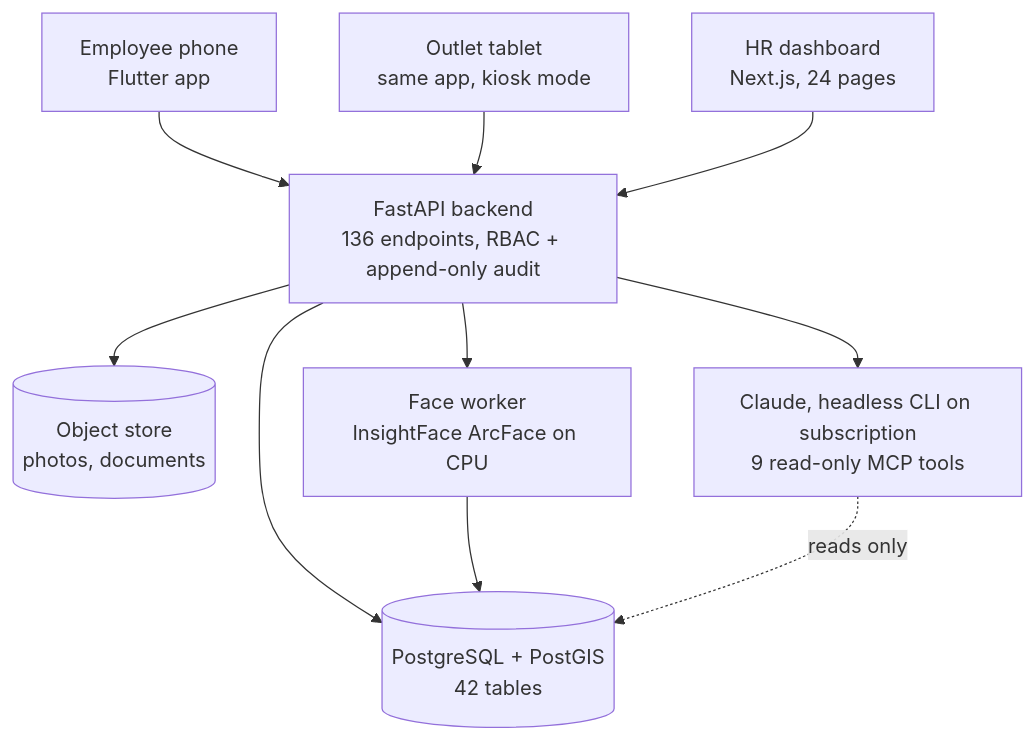
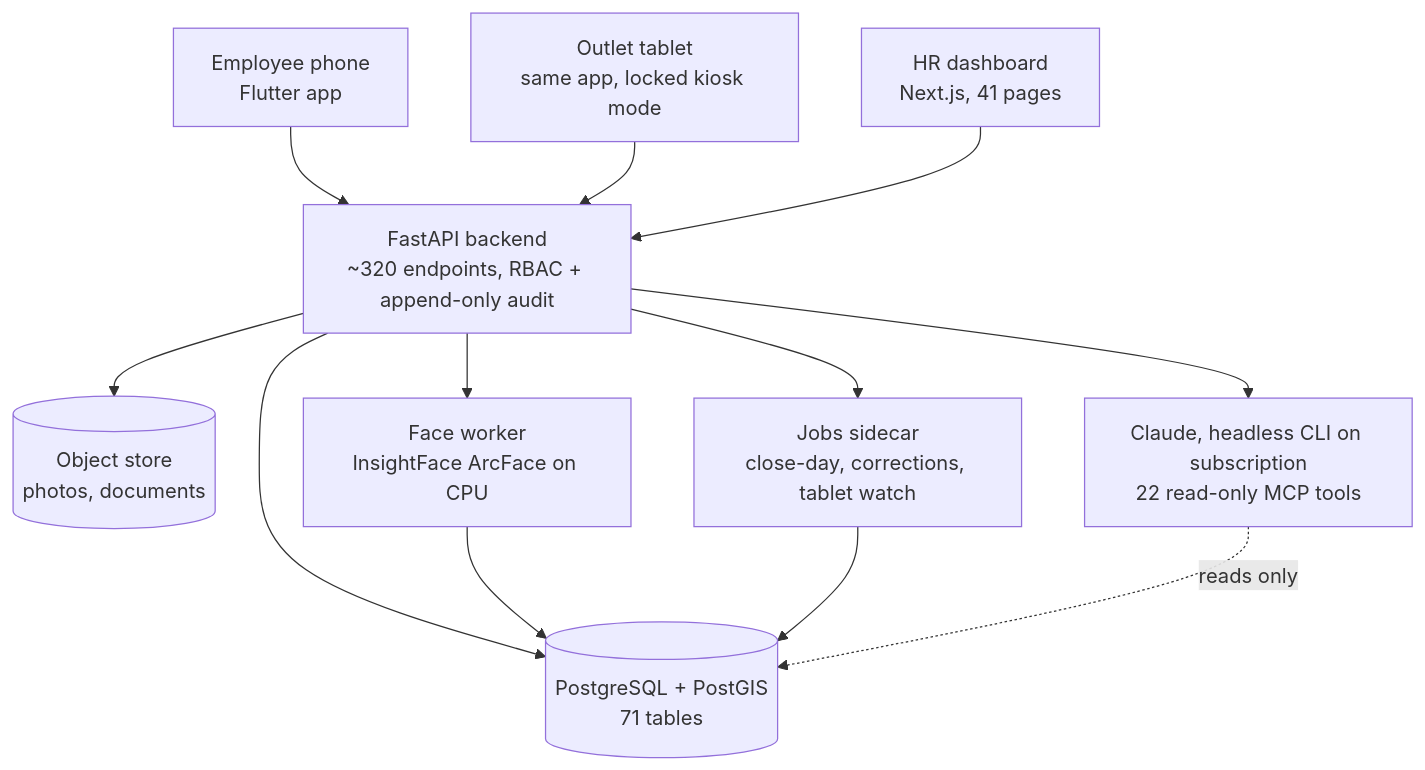
One commit to robiriu/robiriu.github.io changed the diagram in docs/projects/hr-attendance-platform.md. Above: the diagram before and after it, drawn with Mermaid. The commit also changed other lines of this file and 2 other files, not shown here.

````diff
--- a/docs/projects/hr-attendance-platform.md
+++ b/docs/projects/hr-attendance-platform.md
@@ -52,18 +53,20 @@
 ```mermaid
 flowchart TB
     EMP["Employee phone<br/>Flutter app"]
-    KIOSK["Outlet tablet<br/>same app, kiosk mode"]
-    HRW["HR dashboard<br/>Next.js, 24 pages"]
+    KIOSK["Outlet tablet<br/>same app, locked kiosk mode"]
+    HRW["HR dashboard<br/>Next.js, 41 pages"]
 
-    EMP --> API["FastAPI backend<br/>136 endpoints, RBAC + append-only audit"]
+    EMP --> API["FastAPI backend<br/>~320 endpoints, RBAC + append-only audit"]
     KIOSK --> API
     HRW --> API
 
-    API --> DB[("PostgreSQL + PostGIS<br/>42 tables")]
+    API --> DB[("PostgreSQL + PostGIS<br/>71 tables")]
     API --> OBJ[("Object store<br/>photos, documents")]
     API --> WORK["Face worker<br/>InsightFace ArcFace on CPU"]
-    API --> AI["Claude, headless CLI on subscription<br/>9 read-only MCP tools"]
+    API --> AI["Claude, headless CLI on subscription<br/>22 read-only MCP tools"]
+    API --> JOBS["Jobs sidecar<br/>close-day, corrections, tablet watch"]
 
     WORK --> DB
+    JOBS --> DB
     AI -.->|"reads only"| DB
 ```
````
